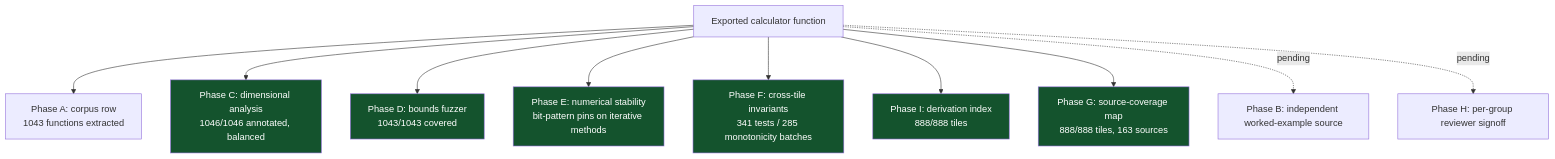
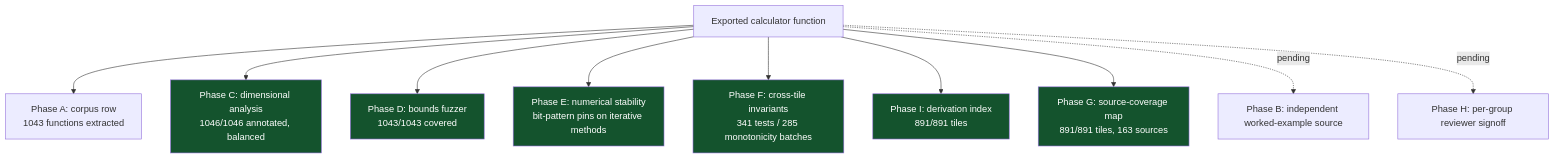
Before and after one commit to clay-good/roughlogic.com: the sixth of 8 diagrams in README.md, drawn with Mermaid. The commit also changed other lines of this file and 20 other files, not shown here.

````diff
--- a/README.md
+++ b/README.md
@@ -519,18 +519,18 @@
 ```mermaid
 flowchart TB
     F[Exported calculator function] --> A[Phase A: corpus row\n1043 functions extracted]
     F --> C[Phase C: dimensional analysis\n1046/1046 annotated, balanced]
     F --> D[Phase D: bounds fuzzer\n1043/1043 covered]
     F --> E[Phase E: numerical stability\nbit-pattern pins on iterative methods]
     F --> Fa[Phase F: cross-tile invariants\n341 tests / 285 monotonicity batches]
-    F --> I[Phase I: derivation index\n888/888 tiles]
-    F --> G[Phase G: source-coverage map\n888/888 tiles, 163 sources]
+    F --> I[Phase I: derivation index\n891/891 tiles]
+    F --> G[Phase G: source-coverage map\n891/891 tiles, 163 sources]
     F -.pending.-> B[Phase B: independent worked-example source]
     F -.pending.-> H[Phase H: per-group reviewer signoff]
     style C fill:#14532d,color:#fff
     style D fill:#14532d,color:#fff
     style E fill:#14532d,color:#fff
     style Fa fill:#14532d,color:#fff
     style G fill:#14532d,color:#fff
     style I fill:#14532d,color:#fff
 ```
````
